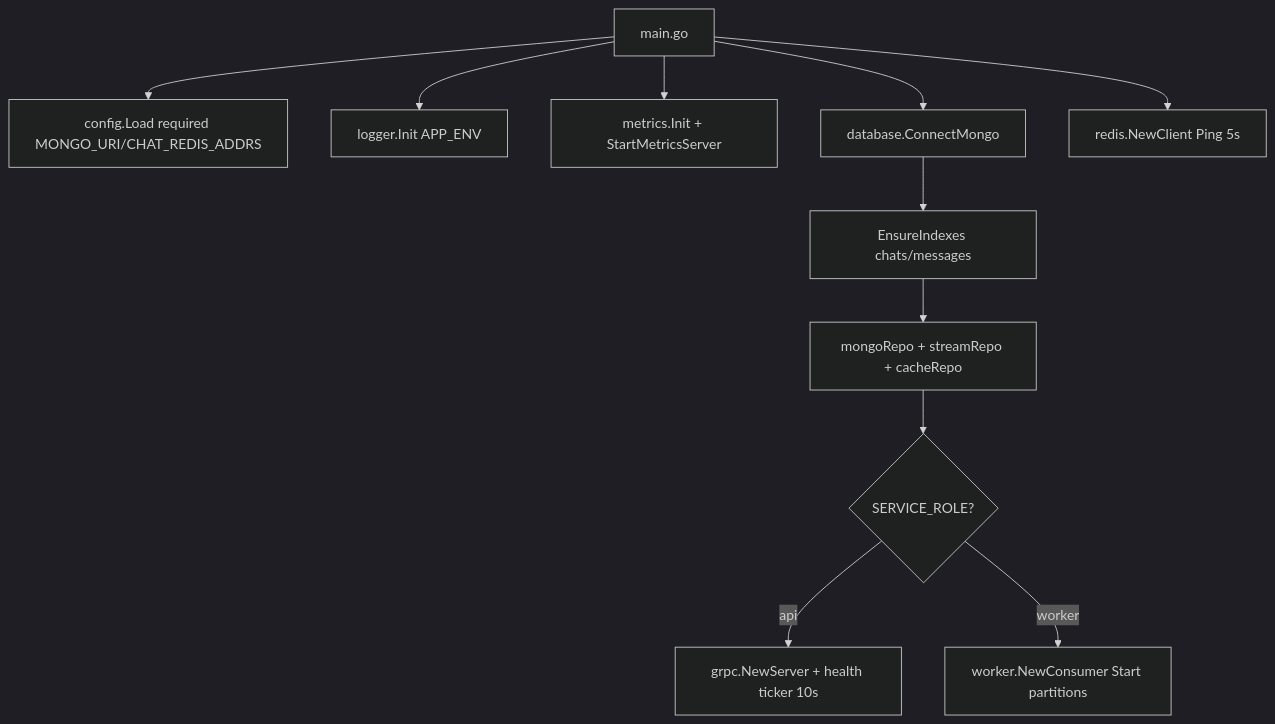
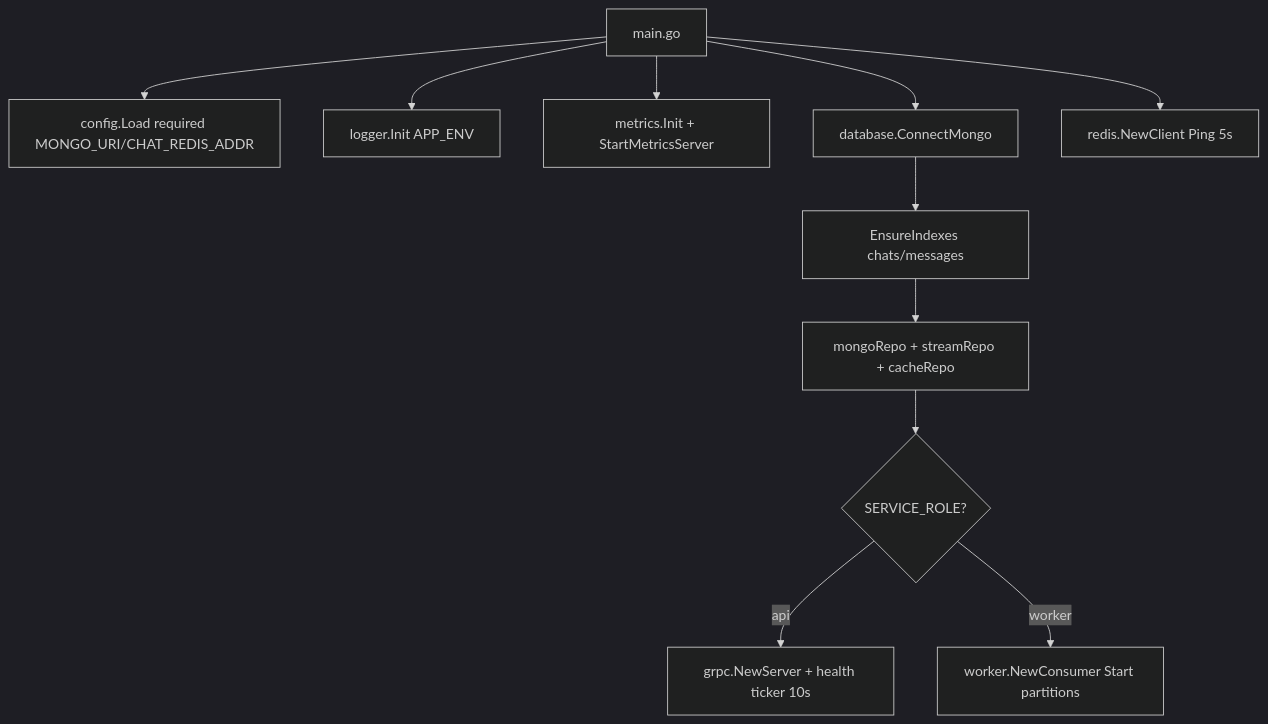
One commit to kunalPisolkar24/detectAI changed the third of 4 diagrams in services/chats/docs/01-architecture.md. Above: the diagram before and after it, drawn with Mermaid (dark theme). The commit also changed 17 other files, not shown here.

````diff
--- a/services/chats/docs/01-architecture.md
+++ b/services/chats/docs/01-architecture.md
@@ -40,13 +40,13 @@
 ```mermaid
 graph TB
-    Main[main.go] --> Cfg[config.Load required MONGO_URI/CHAT_REDIS_ADDRS]
+    Main[main.go] --> Cfg[config.Load required MONGO_URI/CHAT_REDIS_ADDR]
     Main --> Log[logger.Init APP_ENV]
     Main --> Met[metrics.Init + StartMetricsServer]
     Main --> MongoC[database.ConnectMongo]
     Main --> RedisC[redis.NewClient Ping 5s]
     MongoC --> Idx[EnsureIndexes chats/messages]
     Idx --> Repo[mongoRepo + streamRepo + cacheRepo]
     Repo --> Role{SERVICE_ROLE?}
     Role -->|api| API2[grpc.NewServer + health ticker 10s]
     Role -->|worker| W2[worker.NewConsumer Start partitions]
 ```
````
